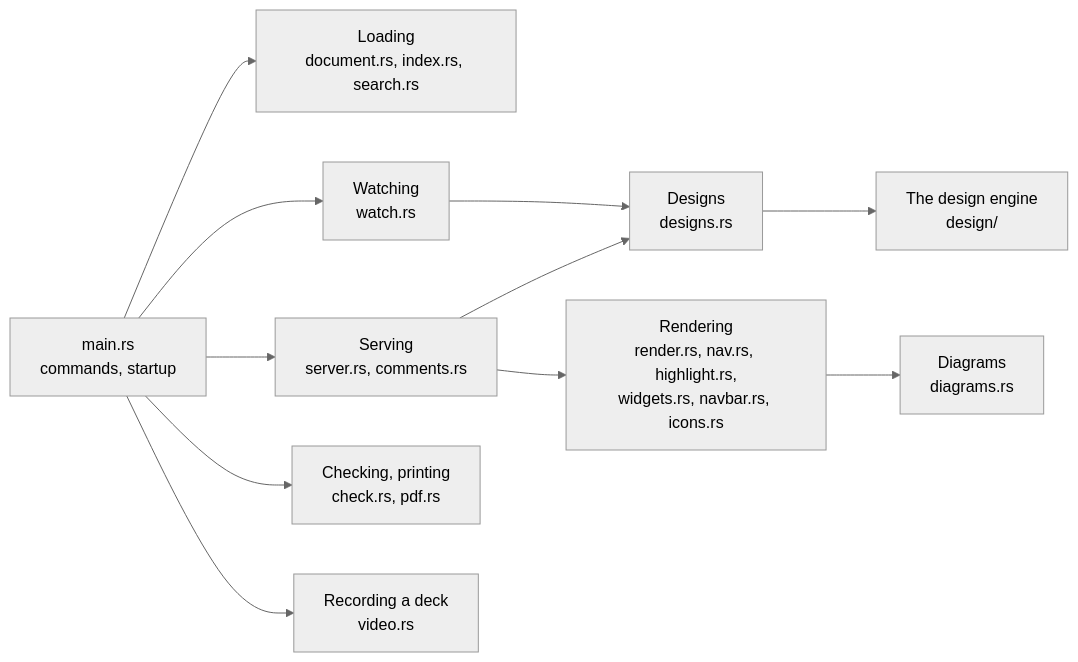
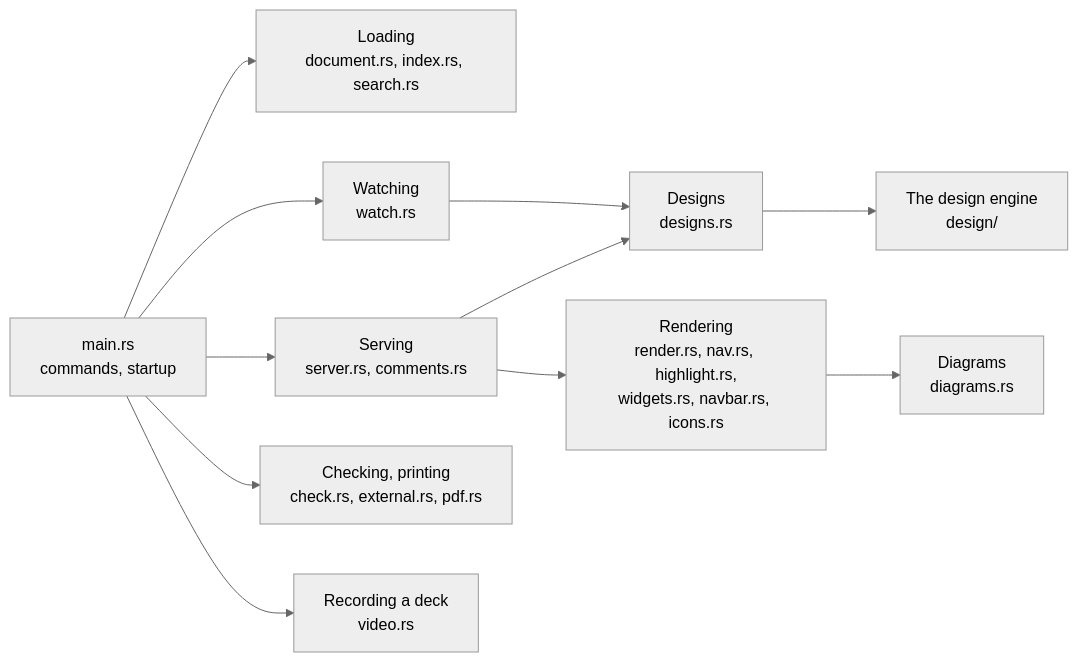
One commit to andrei512/devpage changed the diagram in docs/boxes/engineering/code-map/README.md. Above: the diagram before and after it, drawn with Mermaid (neutral theme). The commit also changed other lines of this file and 16 other files, not shown here.

````diff
--- a/docs/boxes/engineering/code-map/README.md
+++ b/docs/boxes/engineering/code-map/README.md
@@ -16,23 +16,23 @@
 ```mermaid
 flowchart LR
   main["main.rs<br/>commands, startup"] --> load["Loading<br/>document.rs, index.rs, search.rs"]
   main --> watch["Watching<br/>watch.rs"]
   main --> serve["Serving<br/>server.rs, comments.rs"]
   serve --> render["Rendering<br/>render.rs, nav.rs, highlight.rs,<br/>widgets.rs, navbar.rs, icons.rs"]
   render --> diagrams["Diagrams<br/>diagrams.rs"]
-  main --> other["Checking, printing<br/>check.rs, pdf.rs"]
+  main --> other["Checking, printing<br/>check.rs, external.rs, pdf.rs"]
   main --> video["Recording a deck<br/>video.rs"]
   watch --> designs["Designs<br/>designs.rs"]
   serve --> designs
   designs --> engine["The design engine<br/>design/"]
   click main href "#how-main-wires-it-together" "How main wires it together"
   click load href "../../viewer/document-index/README.md" "Which document a file belongs to"
   click watch href "../../viewer/live-updates/README.md#the-watcher" "The watcher"
   click serve href "../../viewer/serving-pages/README.md" "Serving pages"
   click render href "../../viewer/rendering-a-page/README.md" "Rendering a page"
   click diagrams href "../../viewer/diagrams/README.md#the-diagram-engine" "The diagram engine"
   click other href "../../viewer/checking-links/README.md" "Checking links"
   click video href "../../viewer/making-a-video/README.md" "Making a video"
   click designs href "../../viewer/design-engine/README.md#in-the-server" "The design engine in the server"
   click engine href "../../viewer/design-engine/README.md" "The design engine"
 ```
````
